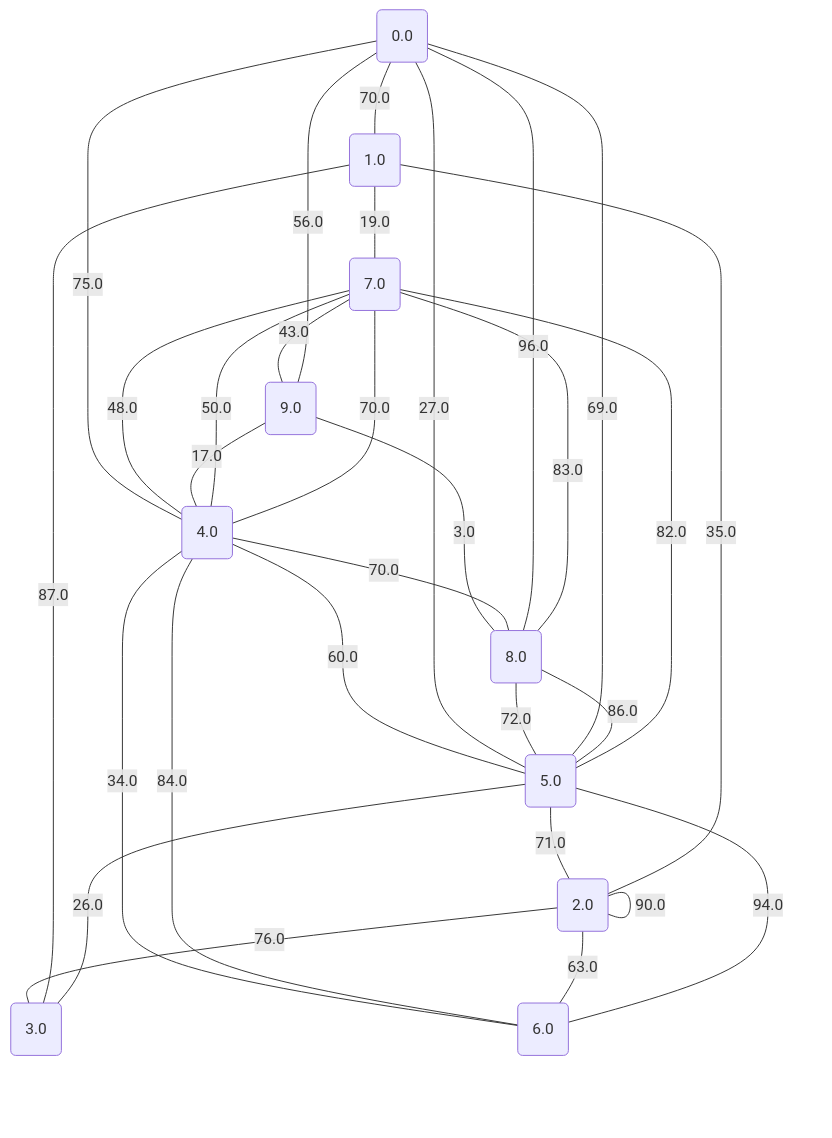
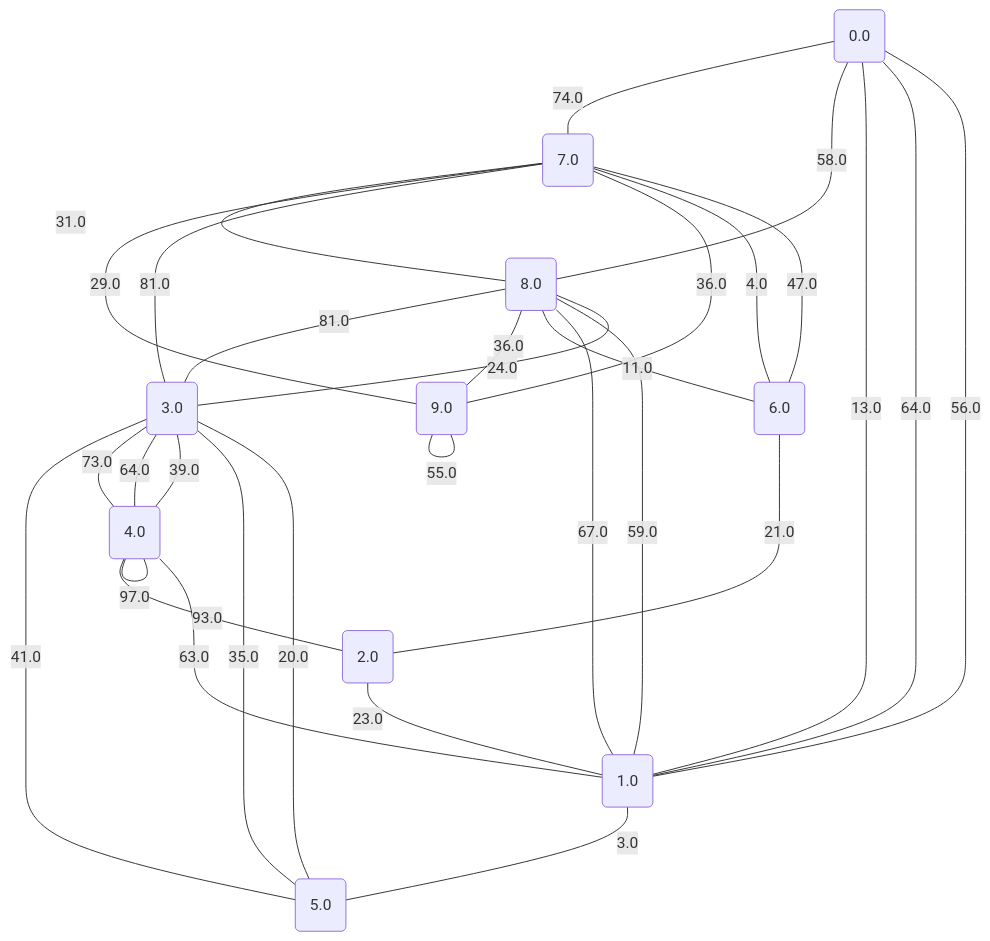
The first of 11 diagrams in project/src/testing/showcase/dijkstra.md (metury/graphs), drawn with Mermaid before and after one commit. The commit also changed other lines of this file and 33 other files, not shown here.

````diff
--- a/project/src/testing/showcase/dijkstra.md
+++ b/project/src/testing/showcase/dijkstra.md
@@ -5,43 +5,43 @@
 ```mermaid
 graph TD;
 	0("0.0");
 	1("1.0");
 	2("2.0");
 	3("3.0");
 	4("4.0");
 	5("5.0");
 	6("6.0");
 	7("7.0");
 	8("8.0");
 	9("9.0");
-	6 -- "94.0" --- 5;
-	4 -- "34.0" --- 6;
-	2 -- "76.0" --- 3;
-	4 -- "84.0" --- 6;
-	4 -- "50.0" --- 7;
-	7 -- "43.0" --- 9;
-	4 -- "60.0" --- 5;
-	0 -- "70.0" --- 1;
-	0 -- "75.0" --- 4;
-	5 -- "71.0" --- 2;
-	2 -- "25.0" --- 2;
-	1 -- "87.0" --- 3;
-	2 -- "35.0" --- 1;
-	9 -- "3.0" --- 8;
-	8 -- "96.0" --- 0;
-	4 -- "70.0" --- 7;
-	2 -- "63.0" --- 6;
-	8 -- "83.0" --- 7;
-	5 -- "26.0" --- 3;
-	7 -- "48.0" --- 4;
-	1 -- "19.0" --- 7;
-	0 -- "27.0" --- 5;
-	8 -- "72.0" --- 5;
-	9 -- "56.0" --- 0;
-	5 -- "69.0" --- 0;
-	9 -- "17.0" --- 4;
-	4 -- "70.0" --- 8;
-	2 -- "90.0" --- 2;
-	5 -- "86.0" --- 8;
-	5 -- "82.0" --- 7;
+	9 -- "55.0" --- 9;
+	8 -- "81.0" --- 3;
+	3 -- "81.0" --- 7;
+	1 -- "3.0" --- 5;
+	1 -- "13.0" --- 0;
+	3 -- "41.0" --- 5;
+	0 -- "74.0" --- 7;
+	5 -- "35.0" --- 3;
+	3 -- "73.0" --- 4;
+	3 -- "64.0" --- 4;
+	7 -- "31.0" --- 8;
+	7 -- "29.0" --- 9;
+	6 -- "4.0" --- 7;
+	8 -- "36.0" --- 9;
+	3 -- "39.0" --- 4;
+	6 -- "21.0" --- 2;
+	9 -- "36.0" --- 7;
+	2 -- "23.0" --- 1;
+	3 -- "24.0" --- 8;
+	4 -- "97.0" --- 4;
+	1 -- "63.0" --- 4;
+	1 -- "64.0" --- 0;
+	4 -- "93.0" --- 2;
+	1 -- "56.0" --- 0;
+	0 -- "58.0" --- 8;
+	8 -- "11.0" --- 6;
+	1 -- "59.0" --- 8;
+	5 -- "20.0" --- 3;
+	6 -- "47.0" --- 7;
+	8 -- "67.0" --- 1;
 ```
````
